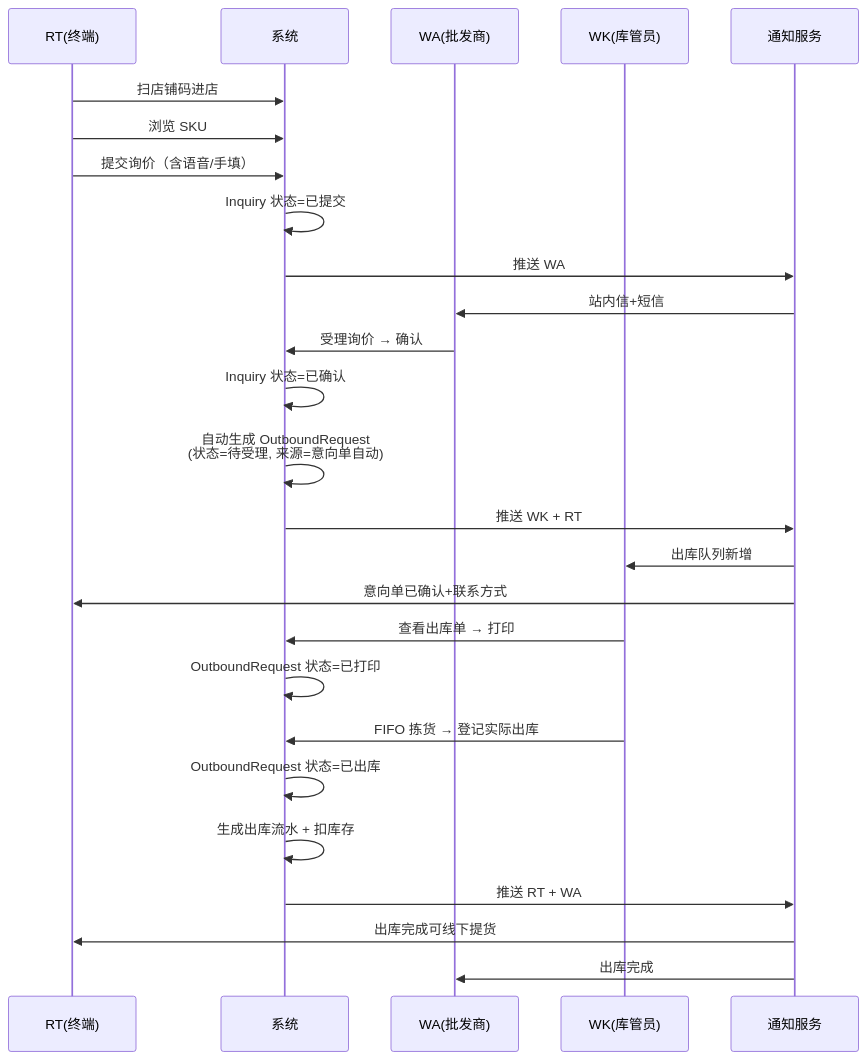
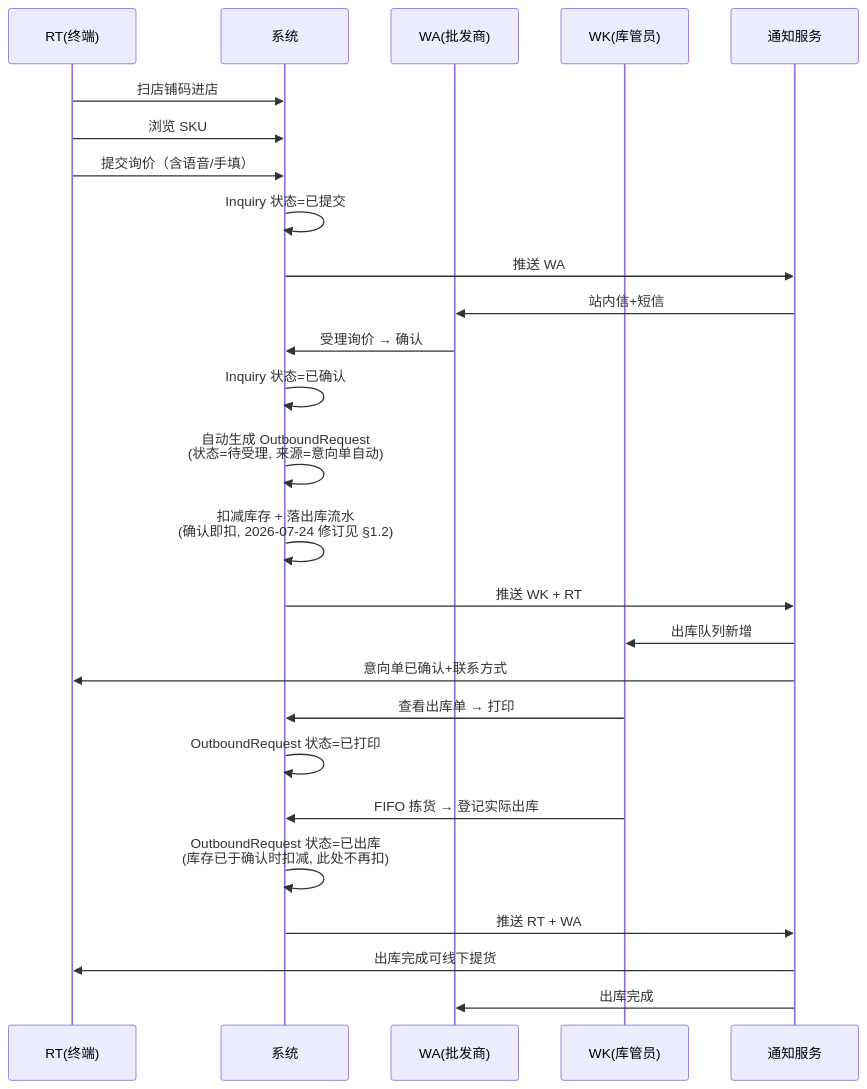
One commit to vfpcx/linkone changed the tenth of 14 diagrams in shared/product/04-core-flows.md. Above: the diagram before and after it, drawn with Mermaid. The commit also changed other lines of this file and 7 other files, not shown here.

````diff
--- a/shared/product/04-core-flows.md
+++ b/shared/product/04-core-flows.md
@@ -230,31 +239,31 @@
 ```mermaid
 sequenceDiagram
     participant RT as RT(终端)
     participant SYS as 系统
     participant WA as WA(批发商)
     participant WK as WK(库管员)
     participant NOTI as 通知服务
 
     RT->>SYS: 扫店铺码进店
     RT->>SYS: 浏览 SKU
     RT->>SYS: 提交询价（含语音/手填）
     SYS->>SYS: Inquiry 状态=已提交
     SYS->>NOTI: 推送 WA
     NOTI->>WA: 站内信+短信
 
     WA->>SYS: 受理询价 → 确认
     SYS->>SYS: Inquiry 状态=已确认
     SYS->>SYS: 自动生成 OutboundRequest<br/>(状态=待受理, 来源=意向单自动)
+    SYS->>SYS: 扣减库存 + 落出库流水<br/>(确认即扣, 2026-07-24 修订见 §1.2)
     SYS->>NOTI: 推送 WK + RT
     NOTI->>WK: 出库队列新增
     NOTI->>RT: 意向单已确认+联系方式
 
     WK->>SYS: 查看出库单 → 打印
     SYS->>SYS: OutboundRequest 状态=已打印
     WK->>SYS: FIFO 拣货 → 登记实际出库
-    SYS->>SYS: OutboundRequest 状态=已出库
-    SYS->>SYS: 生成出库流水 + 扣库存
+    SYS->>SYS: OutboundRequest 状态=已出库<br/>(库存已于确认时扣减, 此处不再扣)
     SYS->>NOTI: 推送 RT + WA
     NOTI->>RT: 出库完成可线下提货
     NOTI->>WA: 出库完成
 ```
````
